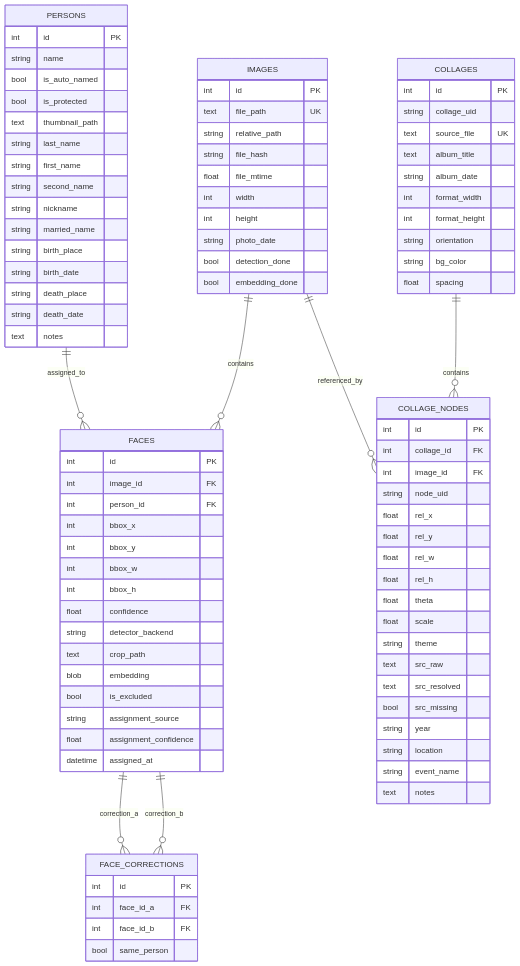
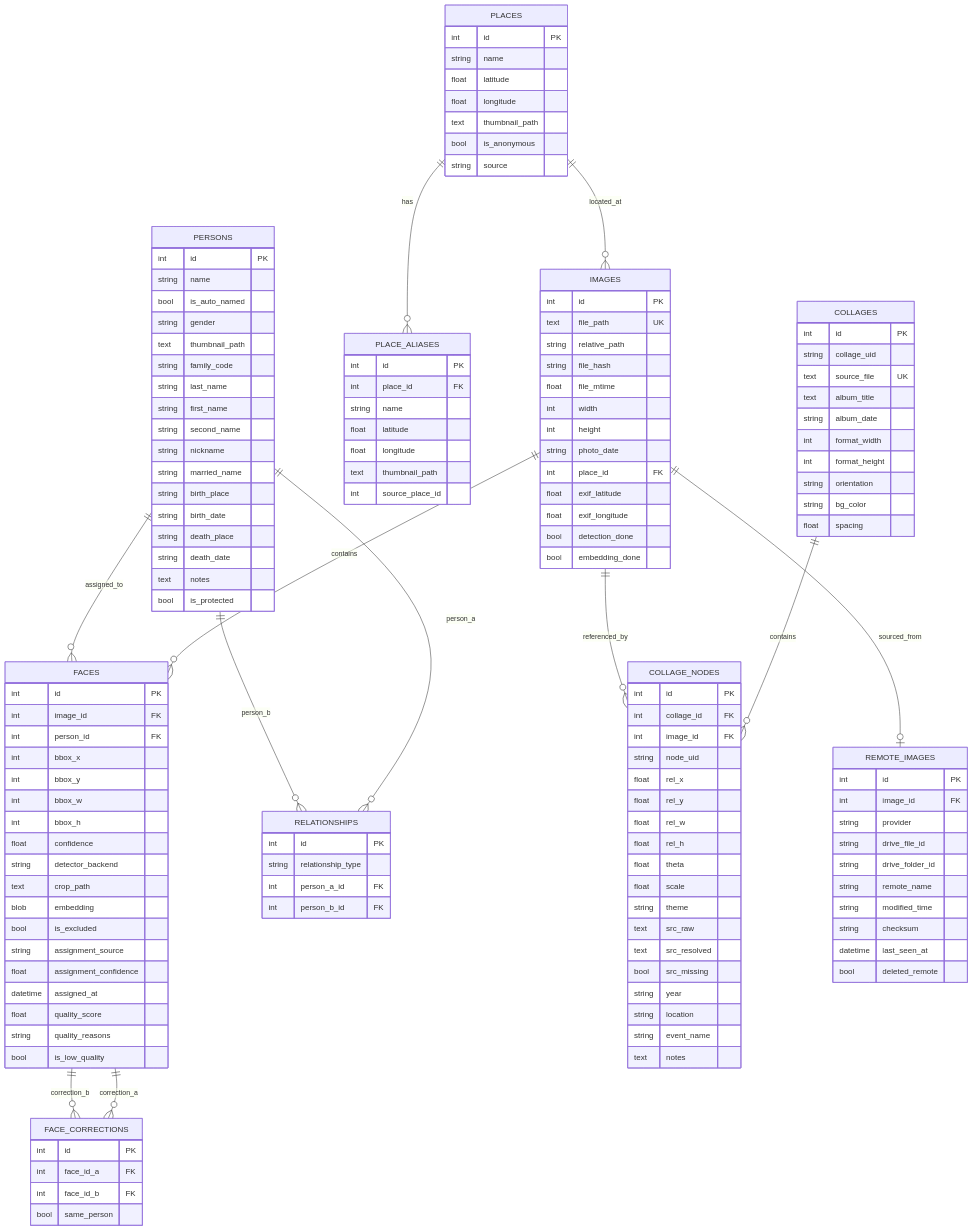
The third of 4 diagrams in docs/blueprint.md (BenKoncsik/local_ai_face_recognizer), drawn with Mermaid before and after one commit. The commit also changed other lines of this file and 12 other files, not shown here.

````diff
--- a/docs/blueprint.md
+++ b/docs/blueprint.md
@@ -217,11 +251,16 @@
 ```mermaid
 erDiagram
     IMAGES ||--o{ FACES : contains
+    PLACES ||--o{ IMAGES : located_at
+    PLACES ||--o{ PLACE_ALIASES : has
     PERSONS ||--o{ FACES : assigned_to
+    PERSONS ||--o{ RELATIONSHIPS : person_a
+    PERSONS ||--o{ RELATIONSHIPS : person_b
     FACES ||--o{ FACE_CORRECTIONS : correction_a
     FACES ||--o{ FACE_CORRECTIONS : correction_b
     COLLAGES ||--o{ COLLAGE_NODES : contains
     IMAGES ||--o{ COLLAGE_NODES : referenced_by
+    IMAGES ||--o| REMOTE_IMAGES : sourced_from
 
     IMAGES {
         int id PK
@@ -232,6 +271,9 @@
         int width
         int height
         string photo_date
+        int place_id FK
+        float exif_latitude
+        float exif_longitude
         bool detection_done
         bool embedding_done
     }
@@ -252,14 +294,18 @@
         string assignment_source
         float assignment_confidence
         datetime assigned_at
+        float quality_score
+        string quality_reasons
+        bool is_low_quality
     }
 
     PERSONS {
         int id PK
         string name
         bool is_auto_named
-        bool is_protected
+        string gender
         text thumbnail_path
+        string family_code
         string last_name
         string first_name
         string second_name
@@ -270,6 +316,47 @@
         string death_place
         string death_date
         text notes
+        bool is_protected
+    }
+
+    RELATIONSHIPS {
+        int id PK
+        string relationship_type
+        int person_a_id FK
+        int person_b_id FK
+    }
+
+    PLACES {
+        int id PK
+        string name
+        float latitude
+        float longitude
+        text thumbnail_path
+        bool is_anonymous
+        string source
+    }
+
+    PLACE_ALIASES {
+        int id PK
+        int place_id FK
+        string name
+        float latitude
+        float longitude
+        text thumbnail_path
+        int source_place_id
+    }
+
+    REMOTE_IMAGES {
+        int id PK
+        int image_id FK
+        string provider
+        string drive_file_id
+        string drive_folder_id
+        string remote_name
+        string modified_time
+        string checksum
+        datetime last_seen_at
+        bool deleted_remote
     }
 
     FACE_CORRECTIONS {
````
